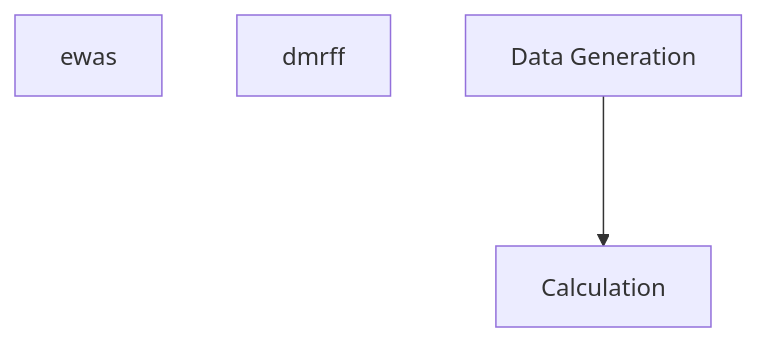
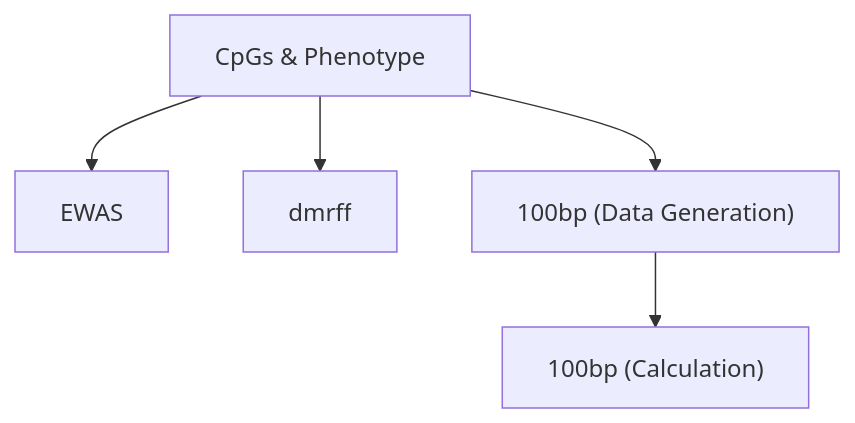
The diagram in README.md (CORRS-LAB/AMRSfinder), drawn with Mermaid before and after one commit. The commit also changed other lines of this file, not shown here.

````diff
--- a/README.md
+++ b/README.md
@@ -51,8 +66,8 @@
 ```mermaid
+
 graph TD;
-  A[ewas]
-  B[dmrff]
-  C--->D
-  C["Data Generation"]
-  D["Calculation"]
+  A["CpGs & Phenotype"] --> B[EWAS]
+  A --> C[dmrff]
+  A --> D["100bp (Data Generation)"]
+  D --> E["100bp (Calculation)"]
 ```
````
